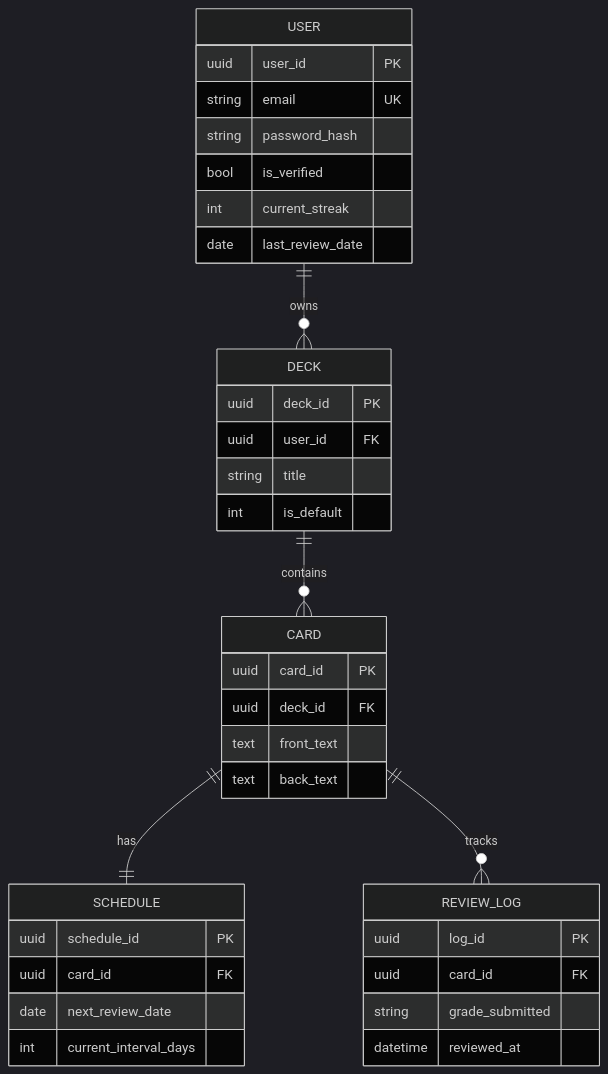
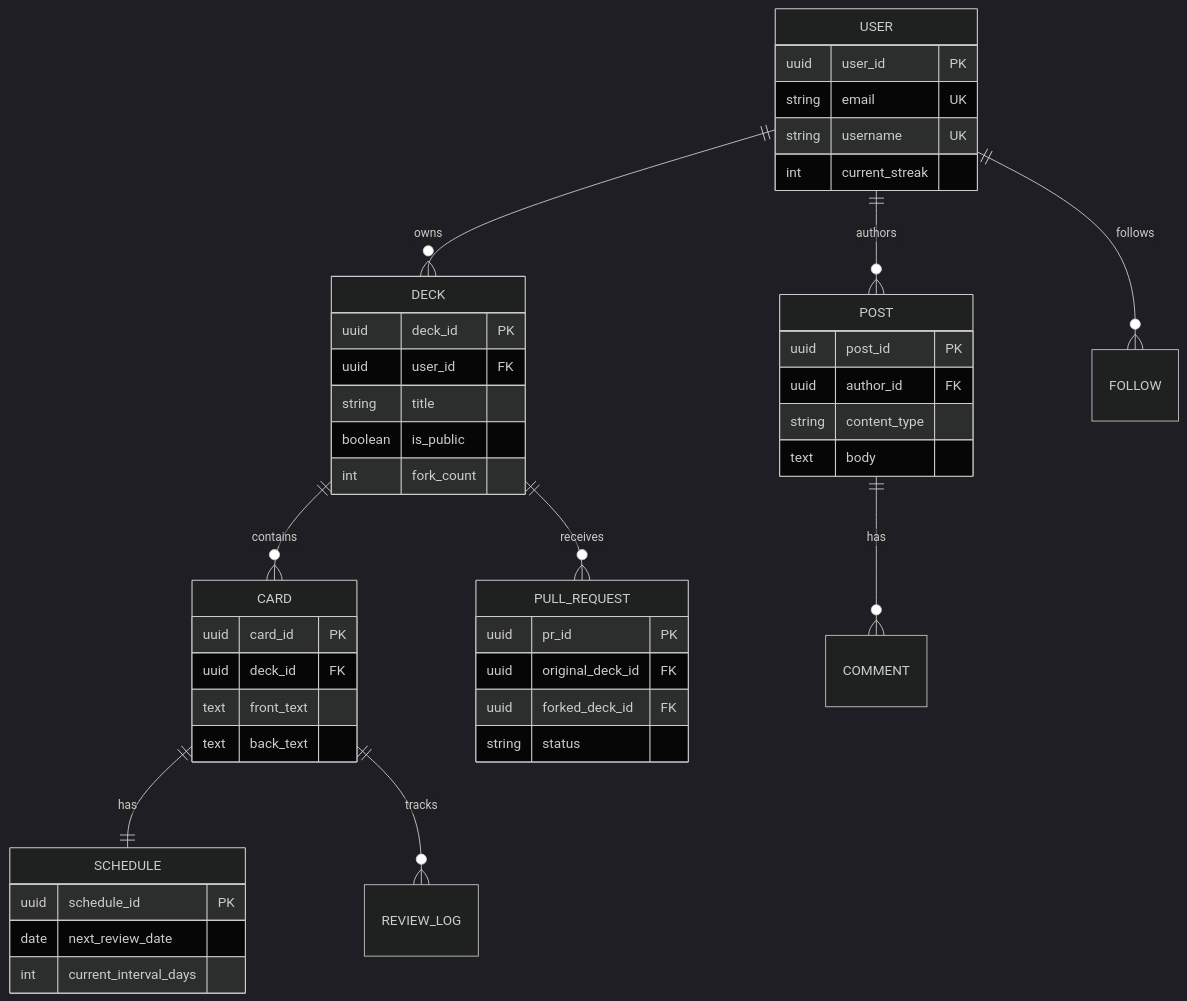
The second of 2 diagrams in README.md (SaiForge/mini-anki), drawn with Mermaid (dark theme) before and after one commit. The commit also changed other lines of this file and 2 other files, not shown here.

````diff
--- a/README.md
+++ b/README.md
@@ -256,40 +244,48 @@
 ```mermaid
 erDiagram
     USER ||--o{ DECK : owns
     DECK ||--o{ CARD : contains
     CARD ||--|| SCHEDULE : has
     CARD ||--o{ REVIEW_LOG : tracks
+    USER ||--o{ POST : authors
+    USER ||--o{ FOLLOW : follows
+    POST ||--o{ COMMENT : has
+    DECK ||--o{ PULL_REQUEST : receives
 
     USER {
         uuid user_id PK
         string email UK
-        string password_hash
-        bool is_verified
+        string username UK
         int current_streak
-        date last_review_date
     }
     DECK {
         uuid deck_id PK
         uuid user_id FK
         string title
-        int is_default
+        boolean is_public
+        int fork_count
     }
     CARD {
         uuid card_id PK
         uuid deck_id FK
         text front_text
         text back_text
     }
     SCHEDULE {
         uuid schedule_id PK
-        uuid card_id FK
         date next_review_date
         int current_interval_days
     }
-    REVIEW_LOG {
-        uuid log_id PK
-        uuid card_id FK
-        string grade_submitted
-        datetime reviewed_at
+    POST {
+        uuid post_id PK
+        uuid author_id FK
+        string content_type
+        text body
+    }
+    PULL_REQUEST {
+        uuid pr_id PK
+        uuid original_deck_id FK
+        uuid forked_deck_id FK
+        string status
     }
 ```
````
